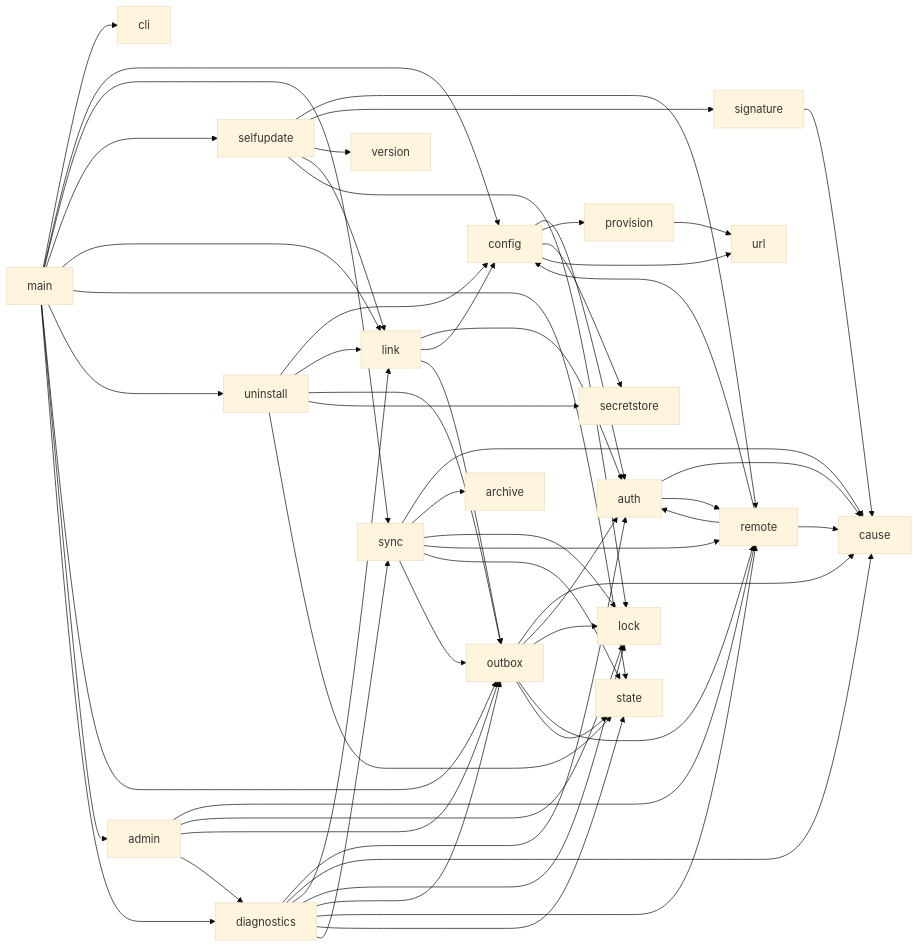
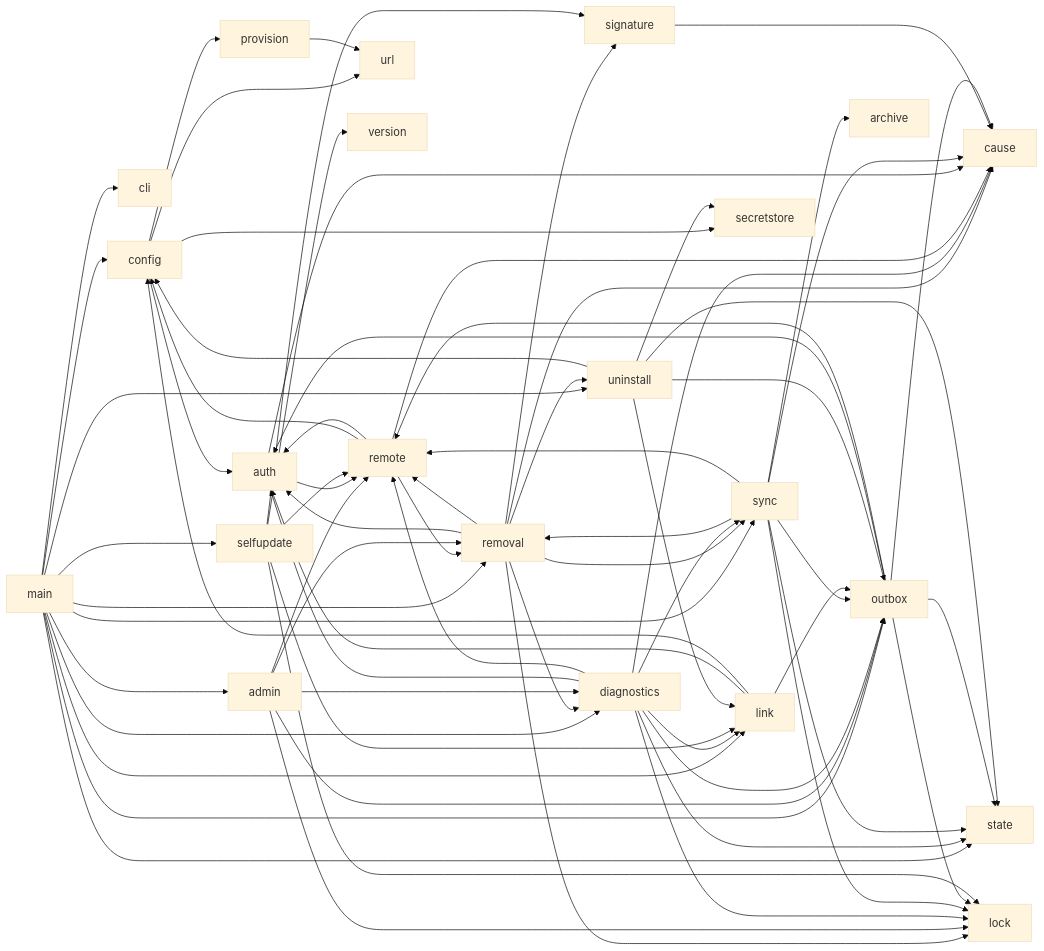
The diagram in docs/ARCHITECTURE.md (damac-italia/brainmaker), drawn with Mermaid (base theme) before and after one commit. The commit also changed other lines of this file and 19 other files, not shown here.

````diff
--- a/docs/ARCHITECTURE.md
+++ b/docs/ARCHITECTURE.md
@@ -49,60 +52,72 @@
 ```mermaid
 graph LR
     main --> cli
     main --> config
     main --> sync
     main --> selfupdate
     main --> link
     main --> state
     main --> uninstall
     main --> outbox
     main --> admin
     main --> diagnostics
+    main --> removal
+    removal --> auth
+    removal --> cause
+    removal --> diagnostics
+    removal --> lock
+    removal --> remote
+    removal --> signature
+    removal --> sync
+    removal --> uninstall
+    remote --> removal
+    sync --> removal
+    admin --> removal
     admin --> remote
     admin --> lock
     admin --> outbox
     admin --> diagnostics
     diagnostics --> auth
     diagnostics --> cause
     diagnostics --> link
     diagnostics --> lock
     diagnostics --> outbox
     diagnostics --> remote
     diagnostics --> state
     diagnostics --> sync
     remote --> cause
     auth --> cause
     sync --> cause
     signature --> cause
     outbox --> cause
     config --> auth
     config --> provision
     config --> secretstore
     config --> url
     provision --> url
     auth --> remote
     sync --> archive
     sync --> lock
     sync --> remote
     sync --> state
     sync --> outbox
     outbox --> auth
     outbox --> lock
     outbox --> remote
     outbox --> state
     selfupdate --> remote
     selfupdate --> signature
     selfupdate --> version
     selfupdate --> link
     selfupdate --> lock
     remote --> config
     remote --> auth
     link --> auth
     link --> config
     link --> outbox
     uninstall --> config
     uninstall --> link
     uninstall --> outbox
     uninstall --> secretstore
     uninstall --> state
 ```
````
